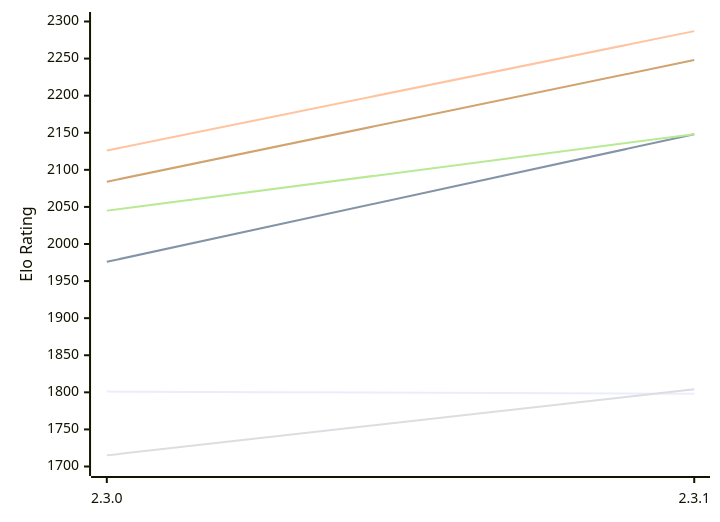
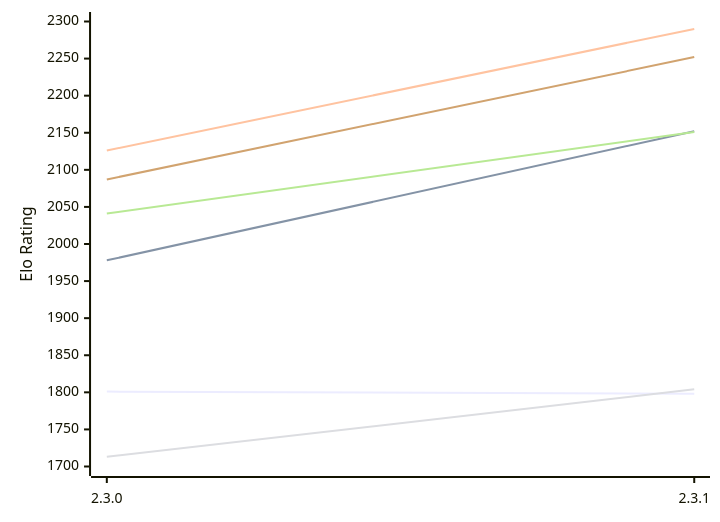
One commit to computer-chess-index/cci changed the first of 2 diagrams in engines/Kreveta.md. Above: the diagram before and after it, drawn with Mermaid. The commit also changed other lines of this file, not shown here.

Commit message:
Update CCI Ratings (ELO VLTC) - 2026-11-20

````diff
--- a/engines/Kreveta.md
+++ b/engines/Kreveta.md
@@ -59,12 +59,12 @@
 ```mermaid
 %%{init: {"theme":"base","themeVariables":{"seriesColors:['#a3a3a3','#222221','#faa371']}}}%%
 xychart-beta
   x-axis ["2.3.0", "2.3.1"]
   y-axis "Elo Rating" 1700 --> 2300
   line "E1: STC (8.0+0.08s)" [1801, 1798]
-  line "E1: LTC (60.0+0.60s)" [1976, 2148]
-  line "E1: VLTC (2m24s+1.12s)" [2126, 2287]
-  line "P1: STC (8.0+0.08s)" [1715, 1804]
-  line "P1: LTC (60.0+0.60s)" [2045, 2148]
-  line "P1: VLTC (2m24s+1.12s)" [2084, 2248]
+  line "E1: LTC (60.0+0.60s)" [1978, 2152]
+  line "E1: VLTC (2m24s+1.12s)" [2126, 2290]
+  line "P1: STC (8.0+0.08s)" [1713, 1804]
+  line "P1: LTC (60.0+0.60s)" [2041, 2151]
+  line "P1: VLTC (2m24s+1.12s)" [2087, 2252]
 ```
````
